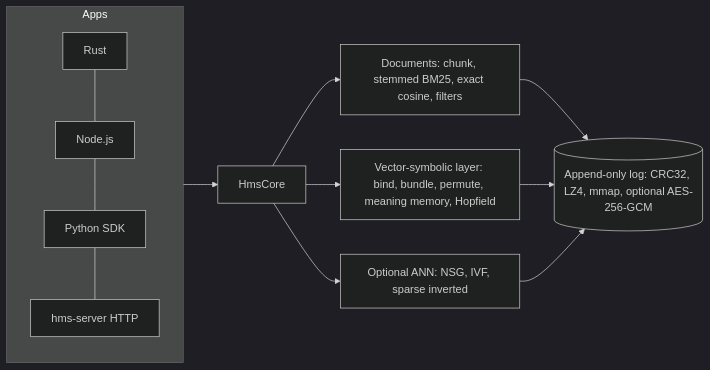
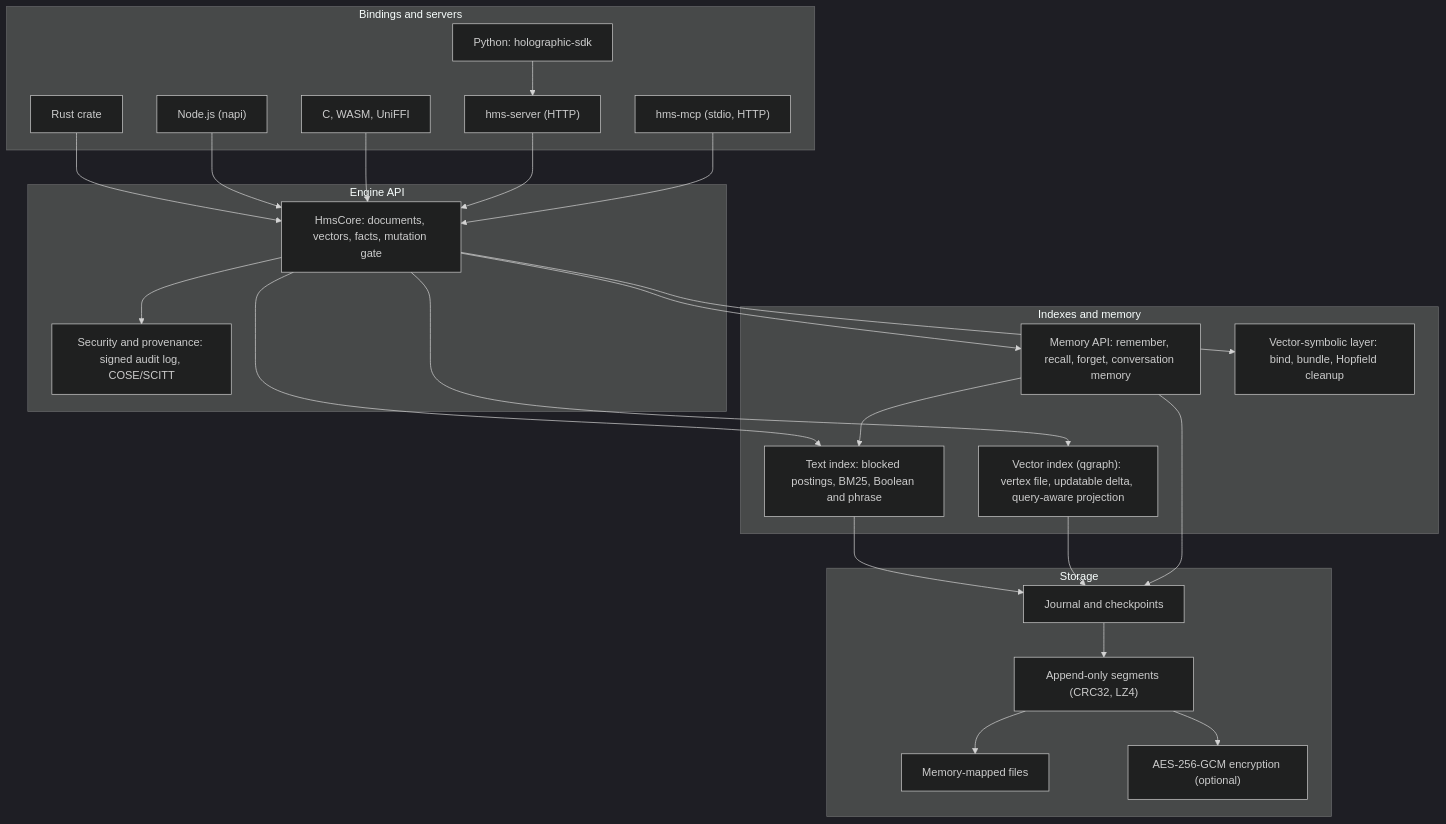
Before and after one commit to writerslogic/holographic-memory: the diagram in README.md, drawn with Mermaid (dark theme). The commit also changed other lines of this file, not shown here.

Commit message:
docs: rewrite README with sourced benchmark badges and current architecture (#215)

````diff
--- a/README.md
+++ b/README.md
@@ -260,13 +303,45 @@
 ```mermaid
-flowchart LR
-  subgraph Apps
-    R[Rust] --- N[Node.js] --- P[Python SDK] --- S[hms-server HTTP]
+flowchart TB
+  subgraph bindings["Bindings and servers"]
+    rust["Rust crate"]
+    node["Node.js (napi)"]
+    ffi["C, WASM, UniFFI"]
+    python["Python: holographic-sdk"]
+    server["hms-server (HTTP)"]
+    mcp["hms-mcp (stdio, HTTP)"]
   end
-  Apps --> E[HmsCore]
-  E --> D[Documents: chunk, stemmed BM25, exact cosine, filters]
-  E --> V[Vector-symbolic layer: bind, bundle, permute, meaning memory, Hopfield]
-  E --> I[Optional ANN: NSG, IVF, sparse inverted]
-  D --> L[(Append-only log: CRC32, LZ4, mmap, optional AES-256-GCM)]
-  V --> L
-  I --> L
+  subgraph engine["Engine API"]
+    core["HmsCore: documents, vectors, facts, mutation gate"]
+    prov["Security and provenance: signed audit log, COSE/SCITT"]
+  end
+  subgraph indexes["Indexes and memory"]
+    text["Text index: blocked postings, BM25, Boolean and phrase"]
+    vector["Vector index (qgraph): vertex file, updatable delta, query-aware projection"]
+    memory["Memory API: remember, recall, forget, conversation memory"]
+    vsa["Vector-symbolic layer: bind, bundle, Hopfield cleanup"]
+  end
+  subgraph storage["Storage"]
+    journal["Journal and checkpoints"]
+    segments["Append-only segments (CRC32, LZ4)"]
+    mapped["Memory-mapped files"]
+    crypto["AES-256-GCM encryption (optional)"]
+  end
+  python --> server
+  rust --> core
+  node --> core
+  ffi --> core
+  server --> core
+  mcp --> core
+  core --> text
+  core --> vector
+  core --> memory
+  core --> vsa
+  core --> prov
+  memory --> text
+  text --> journal
+  vector --> journal
+  memory --> journal
+  journal --> segments
+  segments --> mapped
+  segments --> crypto
 ```
````
